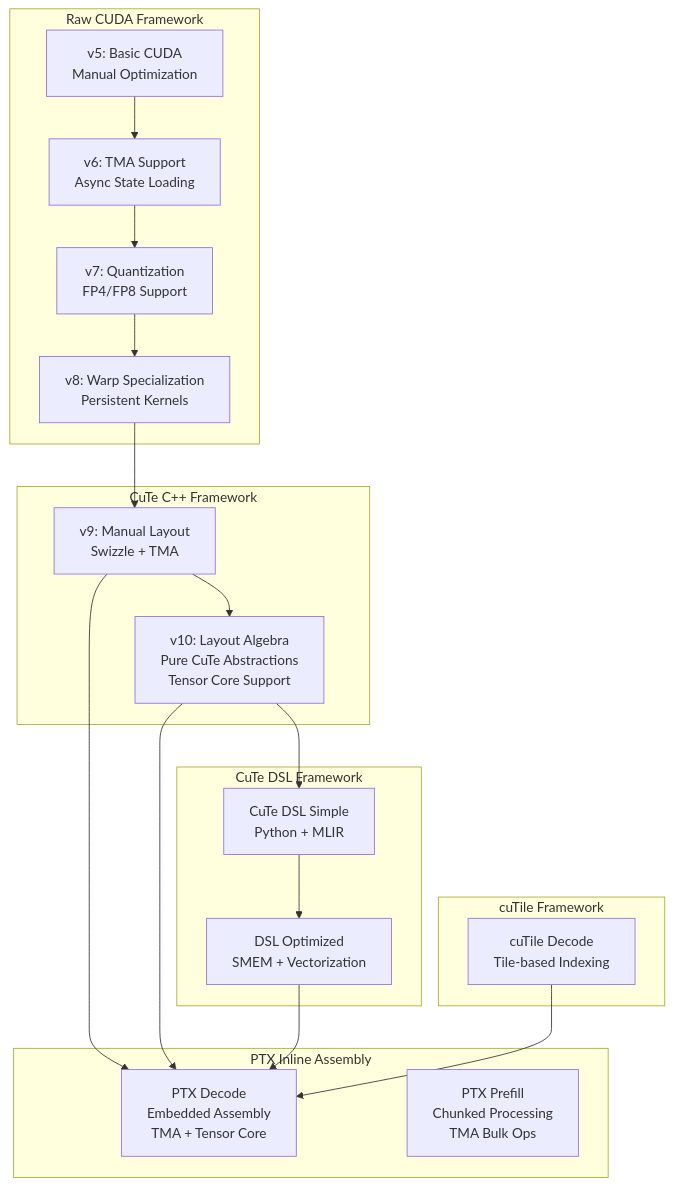
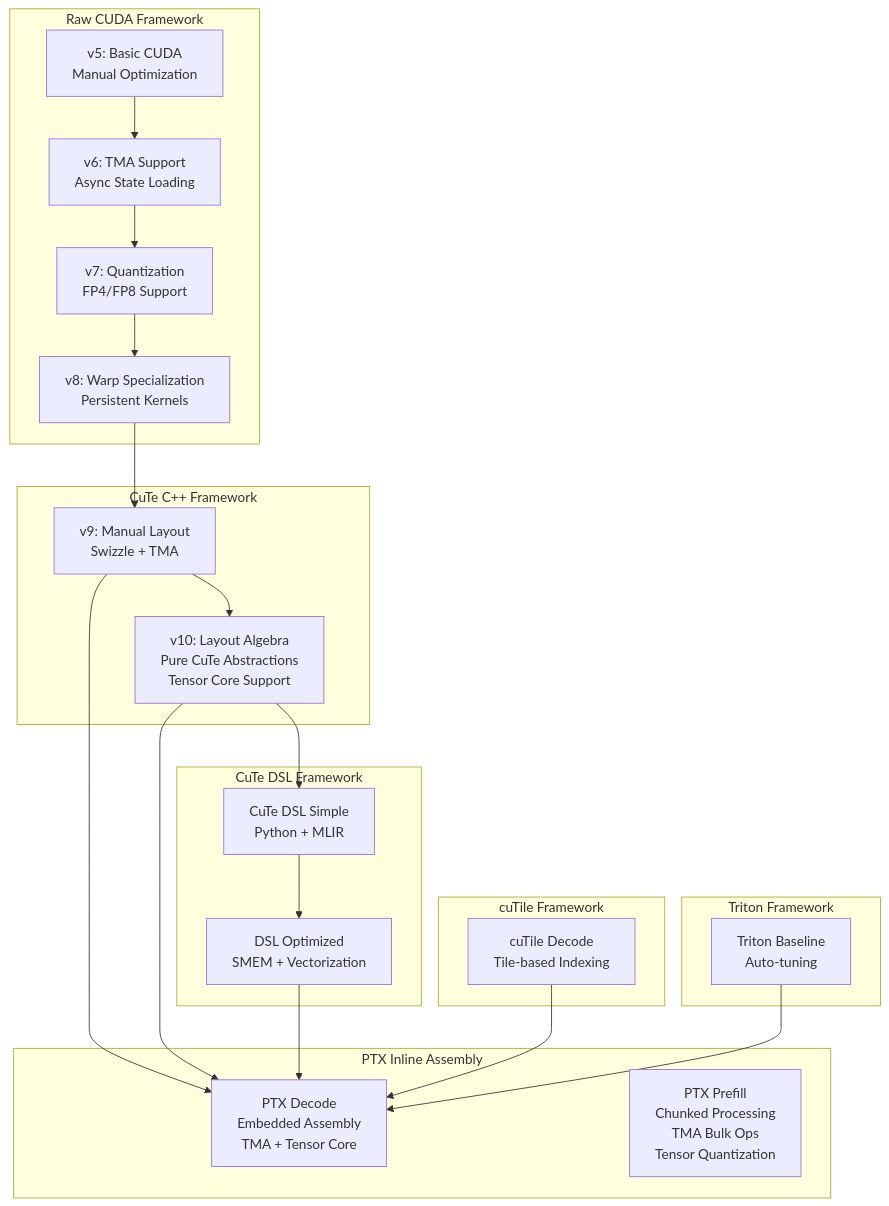
The first of 7 diagrams in .qoder/repowiki/en/content/Core Kernels/Core Kernels.md (gugudeshubao/flashinfer-bench-tma-thrust), drawn with Mermaid before and after one commit. The commit also changed other lines of this file and 21 other files, not shown here.

````diff
--- a/.qoder/repowiki/en/content/Core Kernels/Core Kernels.md
+++ b/.qoder/repowiki/en/content/Core Kernels/Core Kernels.md
@@ -94,31 +106,35 @@
 ```mermaid
 graph TB
 subgraph "Raw CUDA Framework"
 CUDA_v5["v5: Basic CUDA<br/>Manual Optimization"]
 CUDA_v6["v6: TMA Support<br/>Async State Loading"]
 CUDA_v7["v7: Quantization<br/>FP4/FP8 Support"]
 CUDA_v8["v8: Warp Specialization<br/>Persistent Kernels"]
 end
 subgraph "CuTe C++ Framework"
 CuTe_v9["v9: Manual Layout<br/>Swizzle + TMA"]
 CuTe_v10["v10: Layout Algebra<br/>Pure CuTe Abstractions<br/>Tensor Core Support"]
 end
 subgraph "CuTe DSL Framework"
 DSL_Simple["CuTe DSL Simple<br/>Python + MLIR"]
 DSL_Optimized["DSL Optimized<br/>SMEM + Vectorization"]
 end
 subgraph "cuTile Framework"
 CuTile_Decode["cuTile Decode<br/>Tile-based Indexing"]
 end
 subgraph "PTX Inline Assembly"
 PTX_Decode["PTX Decode<br/>Embedded Assembly<br/>TMA + Tensor Core"]
-PTX_Prefill["PTX Prefill<br/>Chunked Processing<br/>TMA Bulk Ops"]
+PTX_Prefill["PTX Prefill<br/>Chunked Processing<br/>TMA Bulk Ops<br/>Tensor Quantization"]
+end
+subgraph "Triton Framework"
+Triton_Base["Triton Baseline<br/>Auto-tuning"]
 end
 CUDA_v5 --> CUDA_v6 --> CUDA_v7 --> CUDA_v8
 CUDA_v8 --> CuTe_v9 --> CuTe_v10
 CuTe_v10 --> DSL_Simple --> DSL_Optimized
 CuTe_v9 --> PTX_Decode
 CuTe_v10 --> PTX_Decode
 DSL_Optimized --> PTX_Decode
 CuTile_Decode --> PTX_Decode
+Triton_Base --> PTX_Decode
 ```
````
